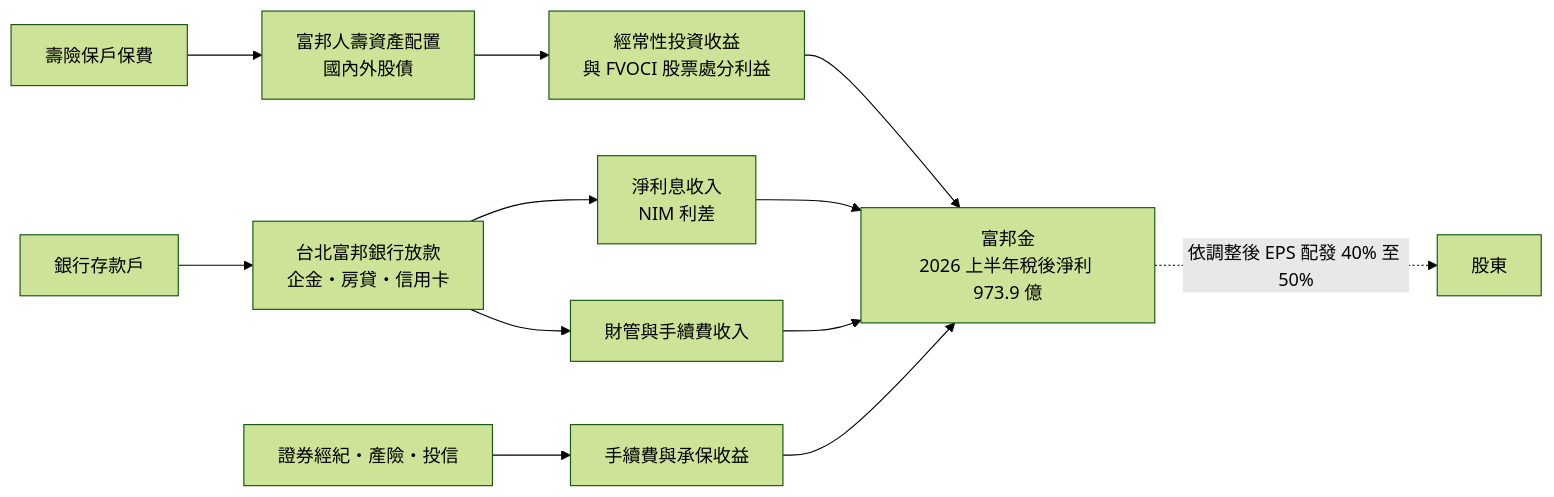
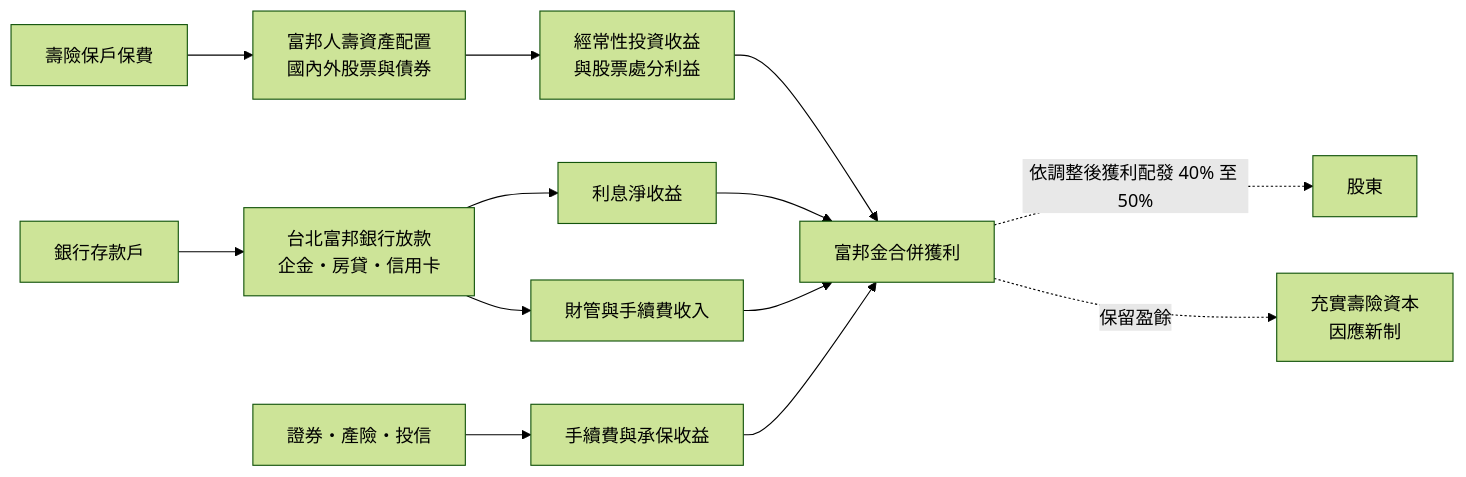
Before and after one commit to wangnick1004/taiwan-stock-vault: the second of 4 diagrams in 個股/台股/2881富邦金.md, drawn with Mermaid (forest theme). The commit also changed other lines of this file and 12 other files, not shown here.

````diff
--- a/個股/台股/2881富邦金.md
+++ b/個股/台股/2881富邦金.md
@@ -77,14 +69,15 @@
 ```mermaid
 flowchart LR
-    A[壽險保戶保費] --> C[富邦人壽資產配置<br/>國內外股債]
-    B[銀行存款戶] --> D[台北富邦銀行放款<br/>企金・房貸・信用卡]
-    C --> E[經常性投資收益<br/>與 FVOCI 股票處分利益]
-    D --> F[淨利息收入<br/>NIM 利差]
+    A[壽險保戶保費] --> C["富邦人壽資產配置<br/>國內外股票與債券"]
+    B[銀行存款戶] --> D["台北富邦銀行放款<br/>企金・房貸・信用卡"]
+    C --> E["經常性投資收益<br/>與股票處分利益"]
+    D --> F[利息淨收益]
     D --> G[財管與手續費收入]
-    H[證券經紀・產險・投信] --> I[手續費與承保收益]
-    E --> J[富邦金<br/>2026 上半年稅後淨利 973.9 億]
+    H[證券・產險・投信] --> I[手續費與承保收益]
+    E --> J[富邦金合併獲利]
     F --> J
     G --> J
     I --> J
-    J -. 依調整後 EPS 配發 40% 至 50% .-> K[股東]
+    J -. 依調整後獲利配發 40% 至 50% .-> K[股東]
+    J -. 保留盈餘 .-> L["充實壽險資本<br/>因應新制"]
 ```
````
